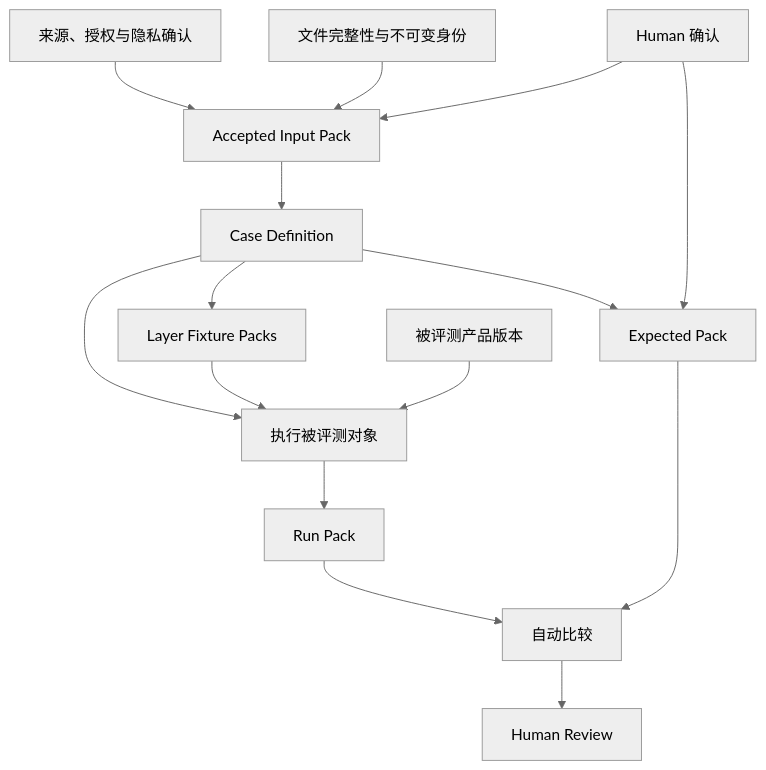
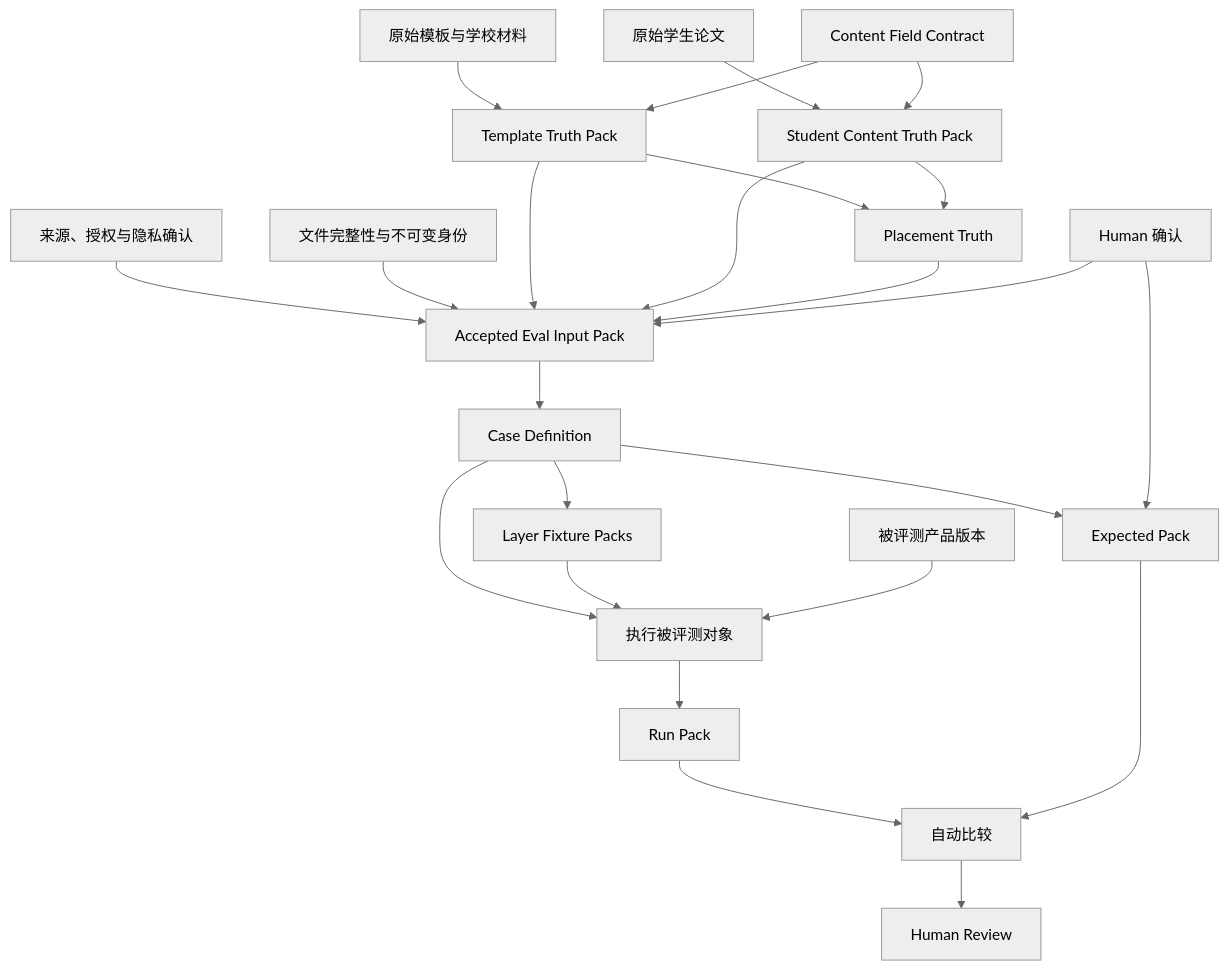
One commit to bamao88/0730 changed the sixth of 9 diagrams in docs/human/eval-data-system-and-pipeline-discussion.md. Above: the diagram before and after it, drawn with Mermaid (neutral theme). The commit also changed other lines of this file and 47 other files, not shown here.

````diff
--- a/docs/human/eval-data-system-and-pipeline-discussion.md
+++ b/docs/human/eval-data-system-and-pipeline-discussion.md
@@ -292,17 +817,26 @@
 ```mermaid
 flowchart TB
-    AUTH["来源、授权与隐私确认"] --> ASSET["Accepted Input Pack"]
+    RAW_TEMPLATE["原始模板与学校材料"] --> TEMPLATE["Template Truth Pack"]
+    RAW_STUDENT["原始学生论文"] --> STUDENT["Student Content Truth Pack"]
+    FIELDS["Content Field Contract"] --> TEMPLATE
+    FIELDS --> STUDENT
+    TEMPLATE --> PLACEMENT["Placement Truth"]
+    STUDENT --> PLACEMENT
+    AUTH["来源、授权与隐私确认"] --> ASSET["Accepted Eval Input Pack"]
     HASH["文件完整性与不可变身份"] --> ASSET
+    TEMPLATE --> ASSET
+    STUDENT --> ASSET
+    PLACEMENT --> ASSET
     ASSET --> CASE["Case Definition"]
     CASE --> EXPECTED["Expected Pack"]
     CASE --> DERIVED["Layer Fixture Packs"]
     HUMAN["Human 确认"] --> EXPECTED
     HUMAN --> ASSET
     CASE --> EXECUTE["执行被评测对象"]
     DERIVED --> EXECUTE
     VERSION["被评测产品版本"] --> EXECUTE
     EXECUTE --> RUN["Run Pack"]
     RUN --> COMPARE["自动比较"]
     EXPECTED --> COMPARE
     COMPARE --> REVIEW["Human Review"]
 ```
````
